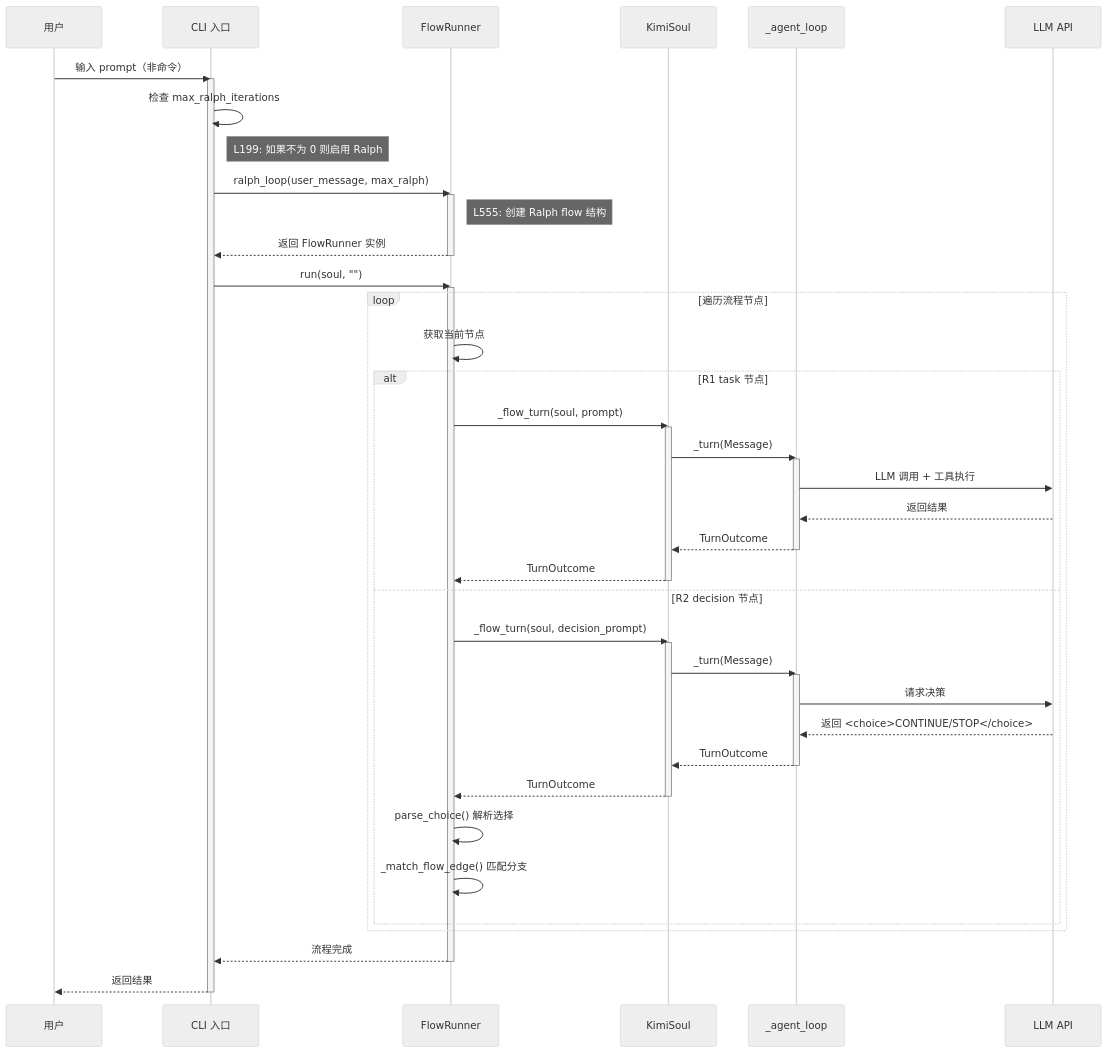
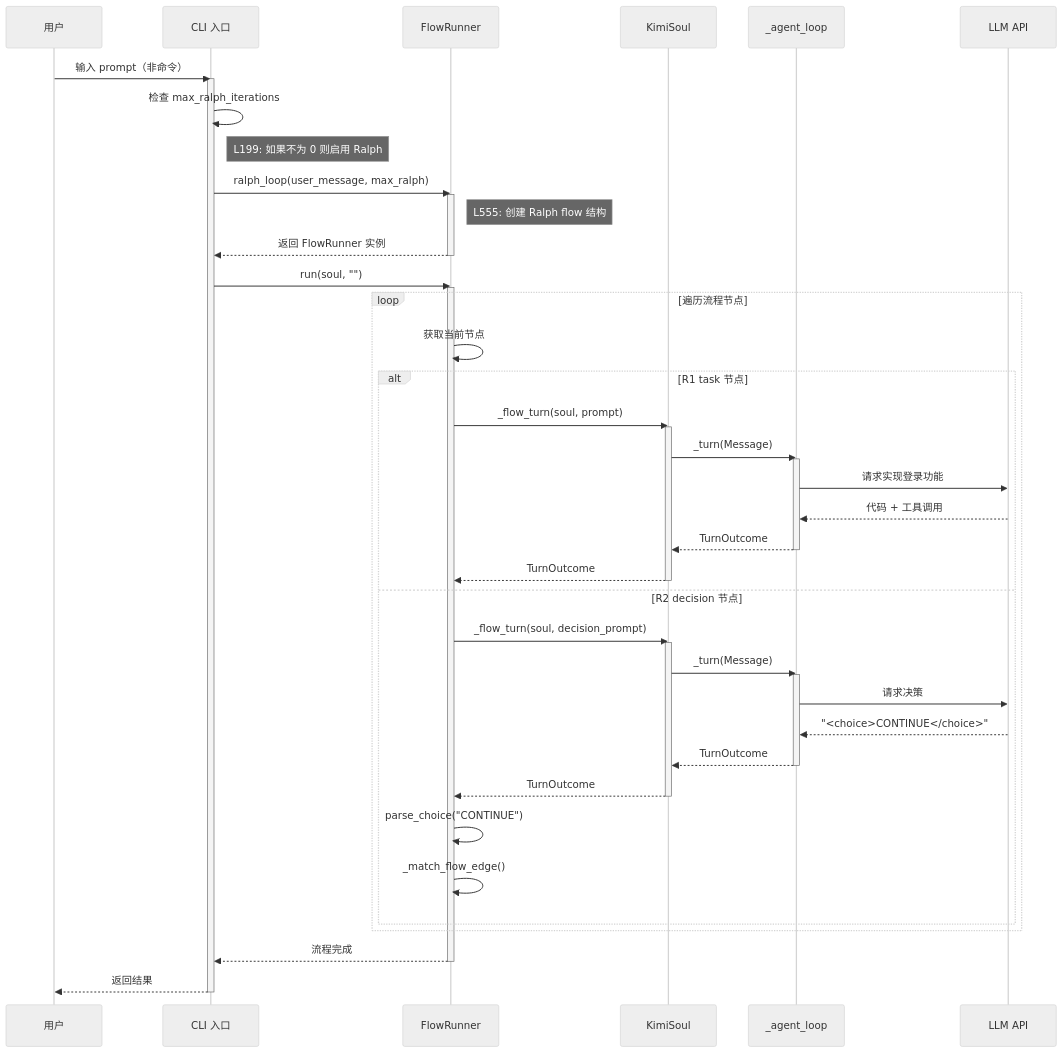
Before and after one commit to giraffe-tree/agent-base: the fifth of 11 diagrams in docs/kimi-cli/questions/kimi-cli-plan-and-execute.md, drawn with Mermaid (neutral theme). The commit also changed other lines of this file and 155 other files, not shown here.

````diff
--- a/docs/kimi-cli/questions/kimi-cli-plan-and-execute.md
+++ b/docs/kimi-cli/questions/kimi-cli-plan-and-execute.md
@@ -307,62 +324,62 @@
 ```mermaid
 sequenceDiagram
     participant U as 用户
     participant CLI as CLI 入口
     participant FR as FlowRunner
     participant Soul as KimiSoul
     participant AL as _agent_loop
     participant LLM as LLM API
 
     U->>CLI: 输入 prompt（非命令）
     activate CLI
 
     CLI->>CLI: 检查 max_ralph_iterations
     Note right of CLI: L199: 如果不为 0 则启用 Ralph
 
     CLI->>FR: ralph_loop(user_message, max_ralph)
     activate FR
     Note right of FR: L555: 创建 Ralph flow 结构
 
     FR-->>CLI: 返回 FlowRunner 实例
     deactivate FR
 
     CLI->>FR: run(soul, "")
     activate FR
 
     loop 遍历流程节点
         FR->>FR: 获取当前节点
 
         alt R1 task 节点
             FR->>Soul: _flow_turn(soul, prompt)
             activate Soul
             Soul->>AL: _turn(Message)
             activate AL
-            AL->>LLM: LLM 调用 + 工具执行
-            LLM-->>AL: 返回结果
+            AL->>LLM: 请求实现登录功能
+            LLM-->>AL: 代码 + 工具调用
             AL-->>Soul: TurnOutcome
             deactivate AL
             Soul-->>FR: TurnOutcome
             deactivate Soul
 
         else R2 decision 节点
             FR->>Soul: _flow_turn(soul, decision_prompt)
             activate Soul
             Soul->>AL: _turn(Message)
             activate AL
             AL->>LLM: 请求决策
-            LLM-->>AL: 返回 <choice>CONTINUE/STOP</choice>
+            LLM-->>AL: "<choice>CONTINUE</choice>"
             AL-->>Soul: TurnOutcome
             deactivate AL
             Soul-->>FR: TurnOutcome
             deactivate Soul
 
-            FR->>FR: parse_choice() 解析选择
-            FR->>FR: _match_flow_edge() 匹配分支
+            FR->>FR: parse_choice("CONTINUE")
+            FR->>FR: _match_flow_edge()
         end
     end
 
     FR-->>CLI: 流程完成
     deactivate FR
     CLI-->>U: 返回结果
     deactivate CLI
 ```
````
